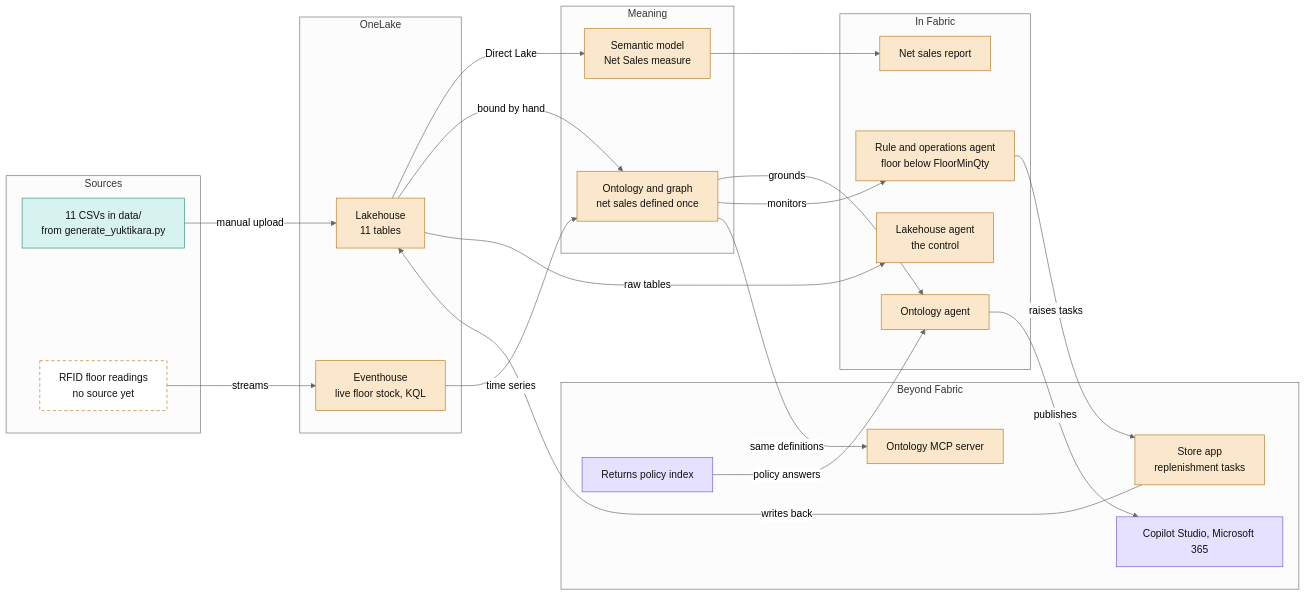
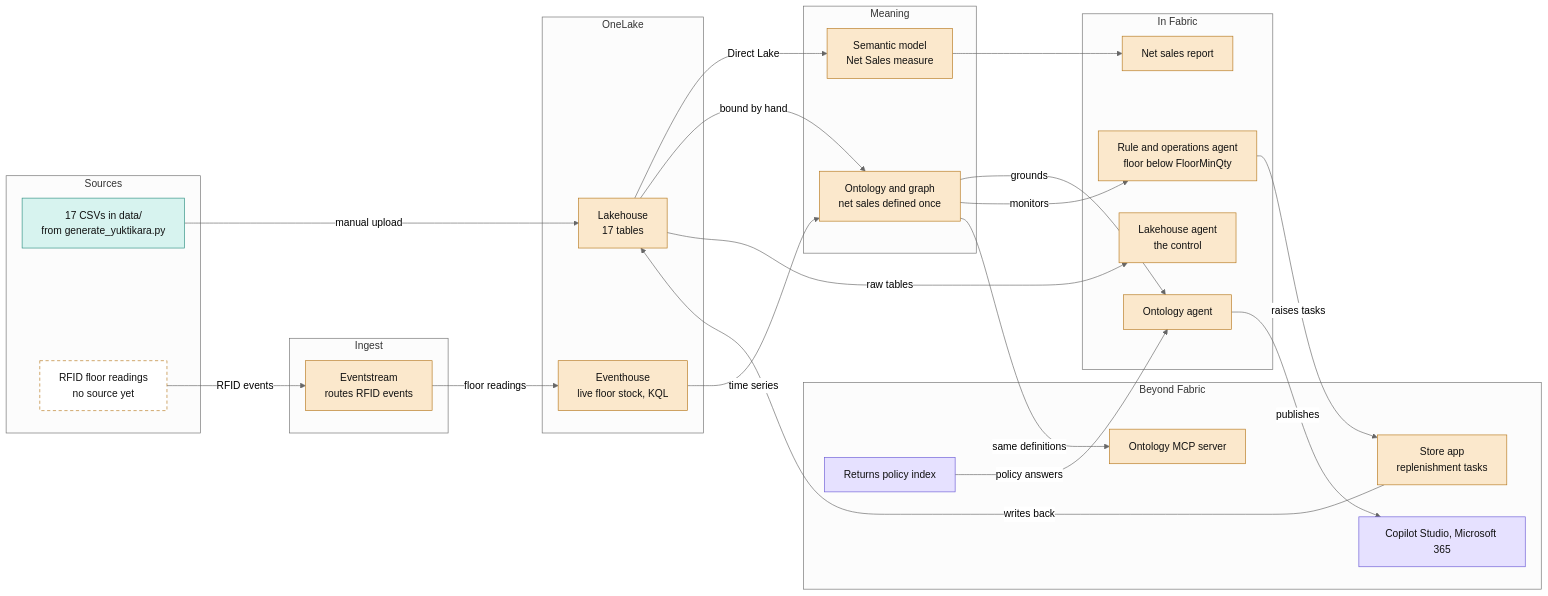
The first of 2 diagrams in docs/architecture.md (RaviChanduEdru/Yuktikara_Store), drawn with Mermaid (neutral theme) before and after one commit. The commit also changed other lines of this file and 20 other files, not shown here.

````diff
--- a/docs/architecture.md
+++ b/docs/architecture.md
@@ -10,51 +10,55 @@
 ```mermaid
 flowchart LR
     subgraph sources["Sources"]
-        csv["11 CSVs in data/<br/>from generate_yuktikara.py"]
+        csv["17 CSVs in data/<br/>from generate_yuktikara.py"]
         rfid["RFID floor readings<br/>no source yet"]
     end
+    subgraph ingest["Ingest"]
+        es["Eventstream<br/>routes RFID events"]
+    end
     subgraph onelake["OneLake"]
-        lh["Lakehouse<br/>11 tables"]
+        lh["Lakehouse<br/>17 tables"]
         eh["Eventhouse<br/>live floor stock, KQL"]
     end
     subgraph meaning["Meaning"]
         sm["Semantic model<br/>Net Sales measure"]
         ont["Ontology and graph<br/>net sales defined once"]
     end
     subgraph fabric["In Fabric"]
         rpt["Net sales report"]
         lha["Lakehouse agent<br/>the control"]
         ona["Ontology agent"]
         ops["Rule and operations agent<br/>floor below FloorMinQty"]
     end
     subgraph beyond["Beyond Fabric"]
         app["Store app<br/>replenishment tasks"]
         cop["Copilot Studio, Microsoft 365"]
         mcp["Ontology MCP server"]
         pol["Returns policy index"]
     end
 
     csv -- "manual upload" --> lh
-    rfid -- streams --> eh
+    rfid -- "RFID events" --> es
+    es -- "floor readings" --> eh
     lh -- "Direct Lake" --> sm
     lh -- "bound by hand" --> ont
     eh -- "time series" --> ont
     sm --> rpt
     lh -- "raw tables" --> lha
     ont -- grounds --> ona
     ont -- monitors --> ops
     ops -- "raises tasks" --> app
     app -- "writes back" --> lh
     ona -- publishes --> cop
     ont -- "same definitions" --> mcp
     pol -- "policy answers" --> ona
 
     classDef repo fill:#d7f3ef,stroke:#2f8f82,color:#111
     classDef build fill:#fbe8cc,stroke:#b7791f,color:#111
     classDef extra fill:#e6e1ff,stroke:#6b5bd6,color:#111
     classDef missing fill:#ffffff,stroke:#b7791f,color:#111,stroke-dasharray:5 4
     class csv repo
-    class lh,eh,sm,ont,rpt,lha,ona,ops,app,mcp build
+    class es,lh,eh,sm,ont,rpt,lha,ona,ops,app,mcp build
     class cop,pol extra
     class rfid missing
 ```
````
